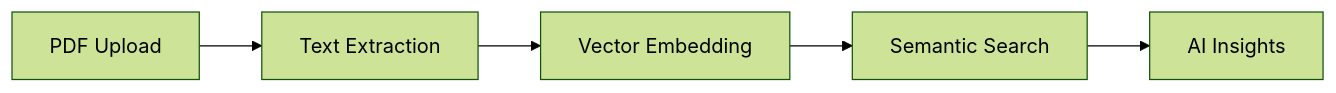
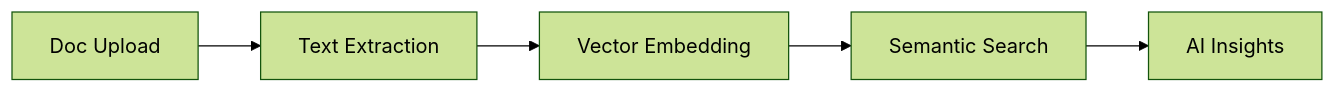
Before and after one commit to oovaa/oovaa: the second of 2 diagrams in README.md, drawn with Mermaid (forest theme). The commit also changed other lines of this file, not shown here.

````diff
--- a/README.md
+++ b/README.md
@@ -84,7 +86,7 @@
 ```mermaid
 graph LR
-    A[PDF Upload] --> B[Text Extraction]
+    A[Doc Upload] --> B[Text Extraction]
     B --> C[Vector Embedding]
     C --> D[Semantic Search]
     D --> E[AI Insights]
 ```
````
